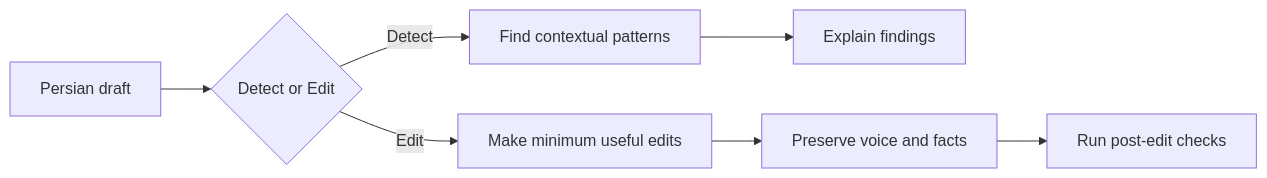
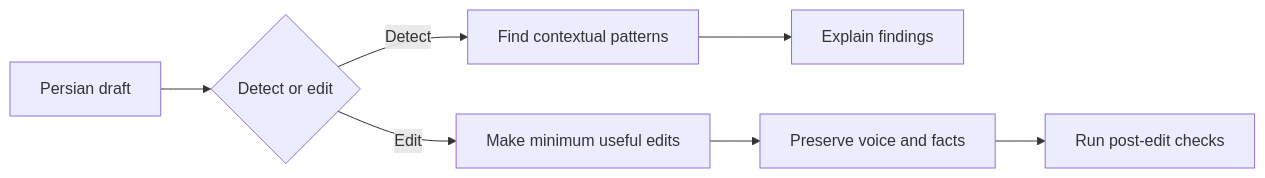
The diagram in README.md (ariyx/unslop-fa), drawn with Mermaid before and after one commit. The commit also changed other lines of this file, not shown here.

````diff
--- a/README.md
+++ b/README.md
@@ -125,9 +85,9 @@
 ```mermaid
 flowchart LR
-    A[Persian draft] --> B{Detect or Edit}
+    A[Persian draft] --> B{Detect or edit}
     B -->|Detect| C[Find contextual patterns]
     C --> D[Explain findings]
     B -->|Edit| E[Make minimum useful edits]
     E --> F[Preserve voice and facts]
     F --> G[Run post-edit checks]
 ```
````
